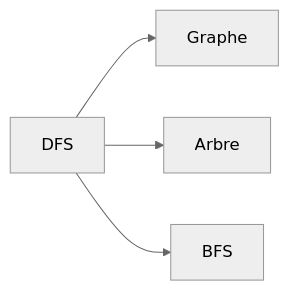
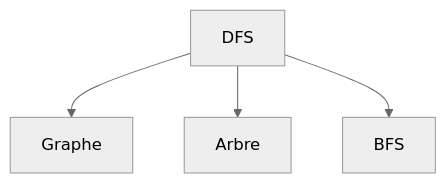
Before and after one commit to zyrass/omnydocs: diagram 12 of 38 in docs/glossaire/bases-fondamentales.md, drawn with Mermaid (neutral theme). The commit also changed other lines of this file and 1780 other files, not shown here.

````diff
--- a/docs/glossaire/bases-fondamentales.md
+++ b/docs/glossaire/bases-fondamentales.md
@@ -235,6 +285,6 @@
-    ```mermaid
-    graph LR
-        A[DFS] --> B[Graphe]
-        A --> C[Arbre]
-        A --> D[BFS]
-    ```
+```mermaid
+graph TB
+    A[DFS] --> B[Graphe]
+    A --> C[Arbre]
+    A --> D[BFS]
+```
````
